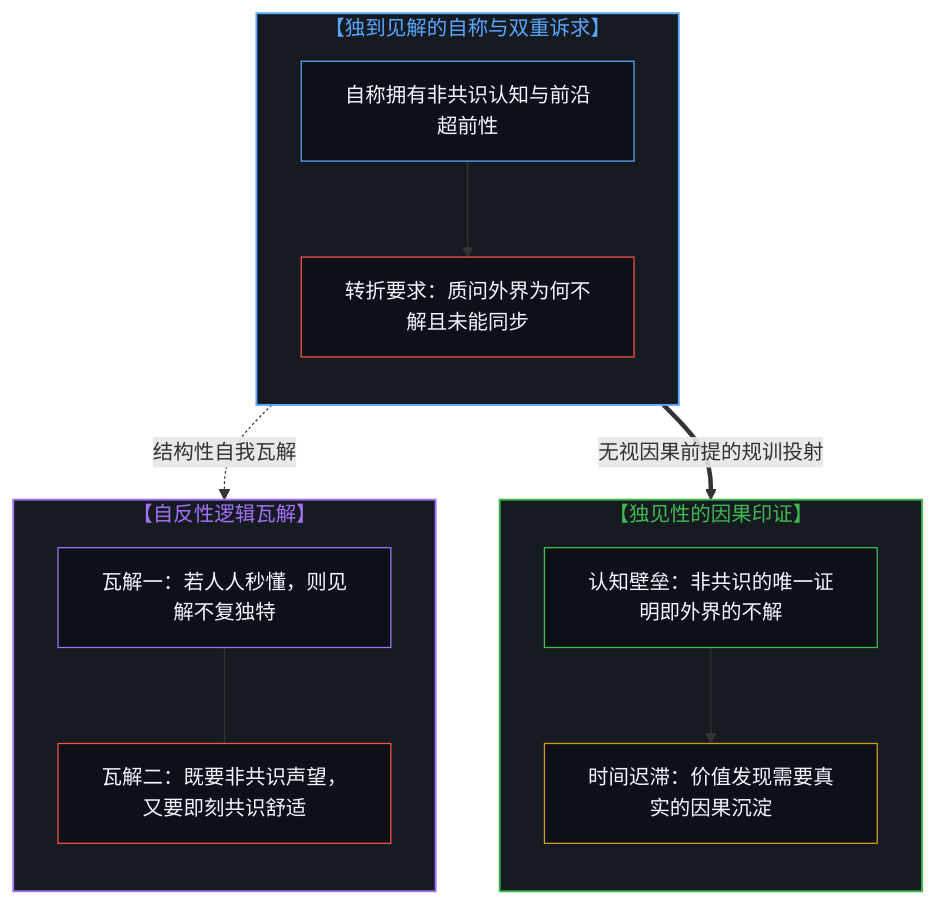
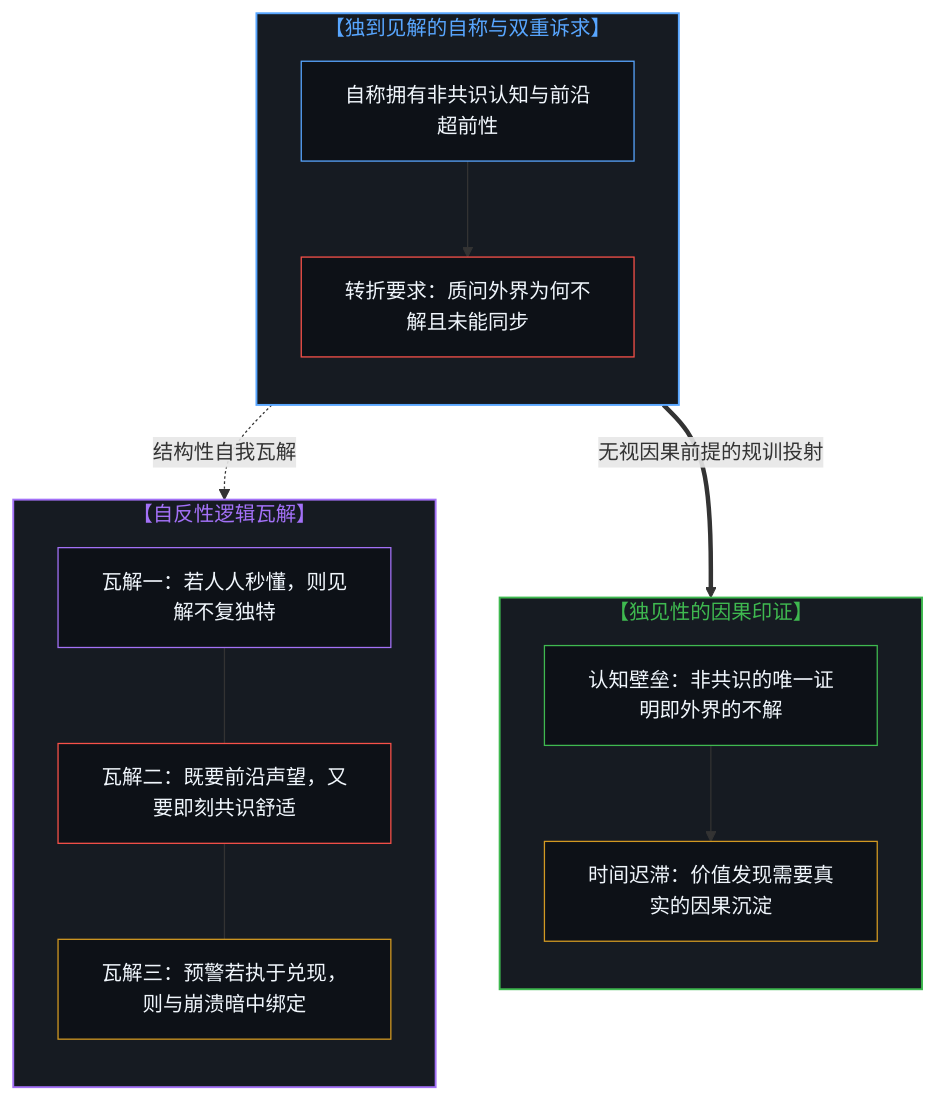
Before and after one commit to powerpig99/not-a-toe: the third of 4 diagrams in content/posts/the-reflexive-dilemma-of-unique-insight.md, drawn with Mermaid. The commit also changed other lines of this file and 2 other files, not shown here.

````diff
--- a/content/posts/the-reflexive-dilemma-of-unique-insight.md
+++ b/content/posts/the-reflexive-dilemma-of-unique-insight.md
@@ -87,36 +91,38 @@
 ```mermaid
 flowchart TD
   subgraph S_CLAIM["【独到见解的自称与双重诉求】"]
     direction TB
     C_ALPHA["自称拥有非共识认知与前沿超前性"]
     C_DEMAND["转折要求：质问外界为何不解且未能同步"]
     C_ALPHA --> C_DEMAND
   end
 
   subgraph S_PROOF["【独见性的因果印证】"]
     direction TB
     R_GAP["认知壁垒：非共识的唯一证明即外界的不解"]
     R_TIME["时间迟滞：价值发现需要真实的因果沉淀"]
     R_GAP --> R_TIME
   end
 
   subgraph S_PARADOX["【自反性逻辑瓦解】"]
     direction TB
     X_COLLAPSE["瓦解一：若人人秒懂，则见解不复独特"]
-    X_ABSURD["瓦解二：既要非共识声望，又要即刻共识舒适"]
-    X_COLLAPSE --- X_ABSURD
+    X_ABSURD["瓦解二：既要前沿声望，又要即刻共识舒适"]
+    X_PROPHET["瓦解三：预警若执于兑现，则与崩溃暗中绑定"]
+    X_COLLAPSE --- X_ABSURD --- X_PROPHET
   end
 
   C_DEMAND ==>|"无视因果前提的规训投射"| R_TIME
   C_DEMAND -.->|"结构性自我瓦解"| S_PARADOX
 
   style S_CLAIM fill:#161b22,stroke:#58a6ff,stroke-width:1.5px,color:#58a6ff
   style S_PROOF fill:#161b22,stroke:#3fb950,stroke-width:1.5px,color:#3fb950
   style S_PARADOX fill:#161b22,stroke:#a371f7,stroke-width:1.5px,color:#a371f7
   style C_ALPHA fill:#0d1117,stroke:#58a6ff,stroke-width:1px,color:#f0f6fc
   style C_DEMAND fill:#0d1117,stroke:#f85149,stroke-width:1px,color:#f0f6fc
   style R_GAP fill:#0d1117,stroke:#3fb950,stroke-width:1px,color:#f0f6fc
   style R_TIME fill:#0d1117,stroke:#d29922,stroke-width:1px,color:#f0f6fc
   style X_COLLAPSE fill:#0d1117,stroke:#a371f7,stroke-width:1px,color:#f0f6fc
   style X_ABSURD fill:#0d1117,stroke:#f85149,stroke-width:1px,color:#f0f6fc
+  style X_PROPHET fill:#0d1117,stroke:#d29922,stroke-width:1px,color:#f0f6fc
 ```
````
